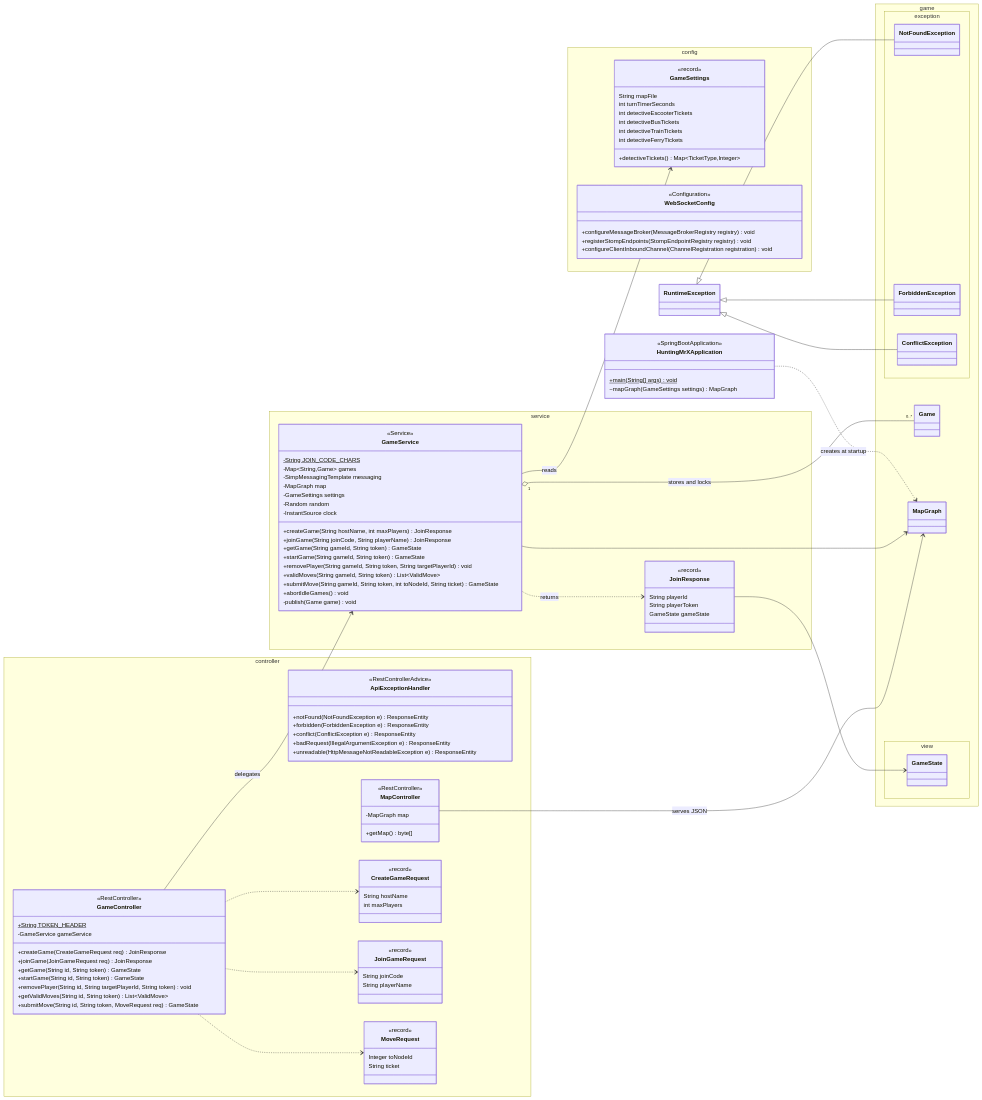
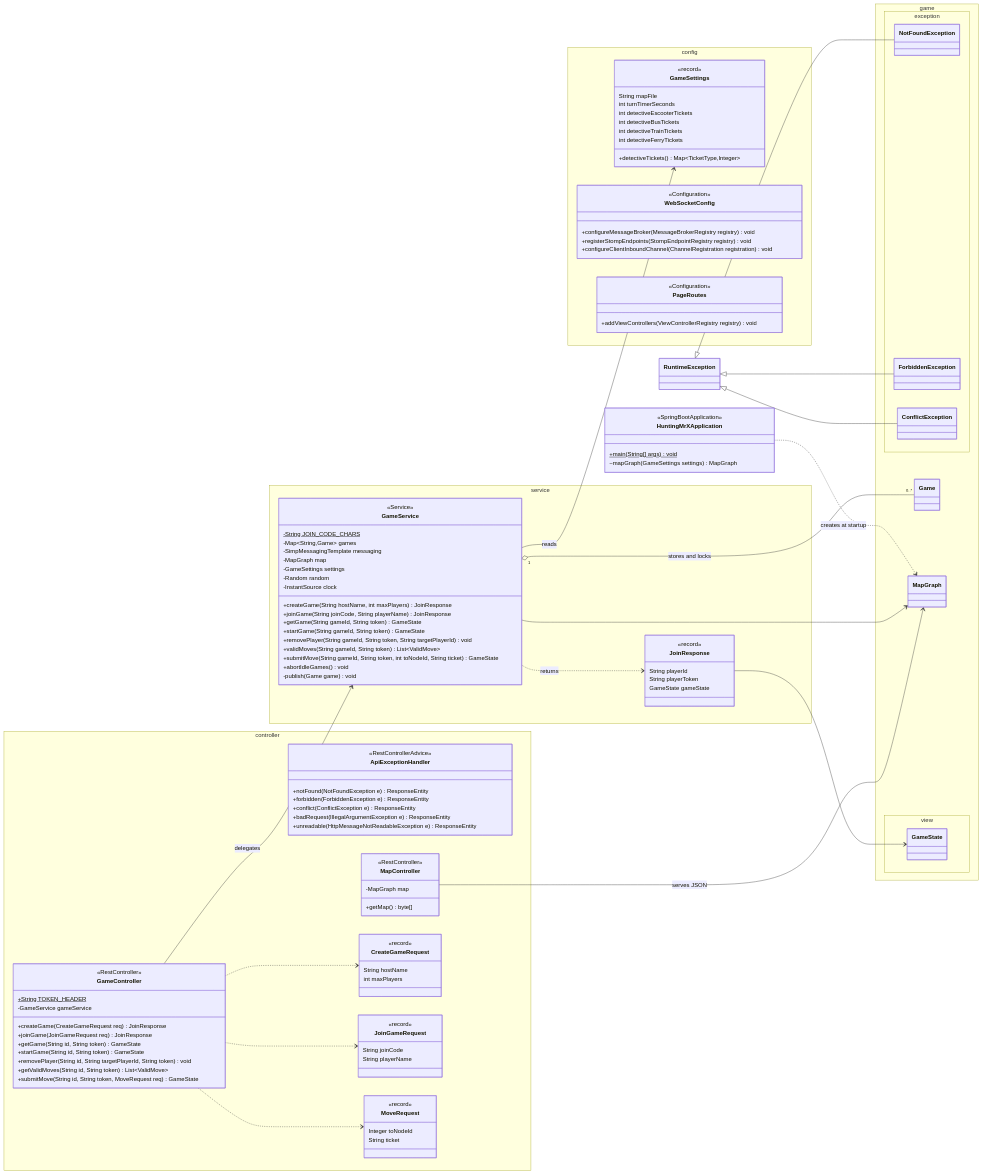
The third of 3 diagrams in documentation/plans/class-graph.md (Ming-Bao/HuntingMrX), drawn with Mermaid before and after one commit. The commit also changed other lines of this file and 13 other files, not shown here.

```diff
--- a/documentation/plans/class-graph.md
+++ b/documentation/plans/class-graph.md
@@ -297,6 +297,10 @@
             +registerStompEndpoints(StompEndpointRegistry registry) void
             +configureClientInboundChannel(ChannelRegistration registration) void
         }
+        class PageRoutes {
+            <<Configuration>>
+            +addViewControllers(ViewControllerRegistry registry) void
+        }
     }
 
     namespace game.exception {
```
